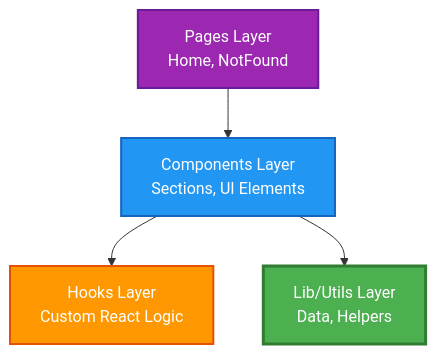
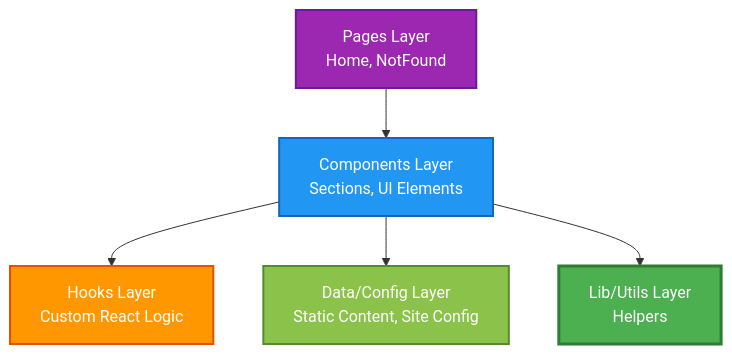
Before and after one commit to slyder83/Portfolio: the diagram in context/identity/project_profile.md, drawn with Mermaid. The commit also changed other lines of this file and 6 other files, not shown here.

````diff
--- a/context/identity/project_profile.md
+++ b/context/identity/project_profile.md
@@ -63,11 +63,13 @@
 ```mermaid
 graph TD
     UI[Pages Layer<br/>Home, NotFound] --> COMP[Components Layer<br/>Sections, UI Elements]
     COMP --> HOOKS[Hooks Layer<br/>Custom React Logic]
-    COMP --> LIB[Lib/Utils Layer<br/>Data, Helpers]
+    COMP --> DATA[Data/Config Layer<br/>Static Content, Site Config]
+    COMP --> LIB[Lib/Utils Layer<br/>Helpers]
     
     style UI fill:#9C27B0,stroke:#6A1B9A,stroke-width:2px,color:#fff
     style COMP fill:#2196F3,stroke:#1565C0,stroke-width:2px,color:#fff
     style HOOKS fill:#FF9800,stroke:#E65100,stroke-width:2px,color:#fff
+    style DATA fill:#8BC34A,stroke:#558B2F,stroke-width:2px,color:#fff
     style LIB fill:#4CAF50,stroke:#2E7D32,stroke-width:3px,color:#fff
 ```
````
